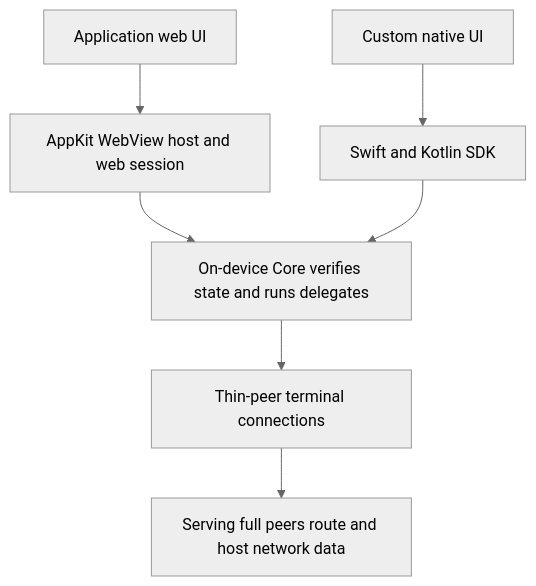
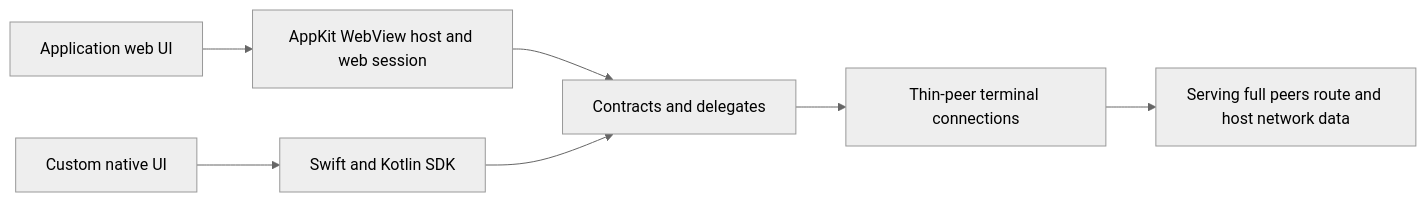
Before and after one commit to EVY-Platform/evy-freenet-plans: the diagram in README.md, drawn with Mermaid (neutral theme). The commit also changed other lines of this file and 7 other files, not shown here.

````diff
--- a/README.md
+++ b/README.md
@@ -33,9 +27,9 @@
 ```mermaid
-flowchart TD
+flowchart LR
     Web[Application web UI] --> Host[AppKit WebView host and web session]
     Native[Custom native UI] --> SDK[Swift and Kotlin SDK]
-    Host --> Core[On-device Core verifies state and runs delegates]
+    Host --> Core[Contracts and delegates]
     SDK --> Core
     Core --> Thin[Thin-peer terminal connections]
     Thin --> Full[Serving full peers route and host network data]
 ```
````
